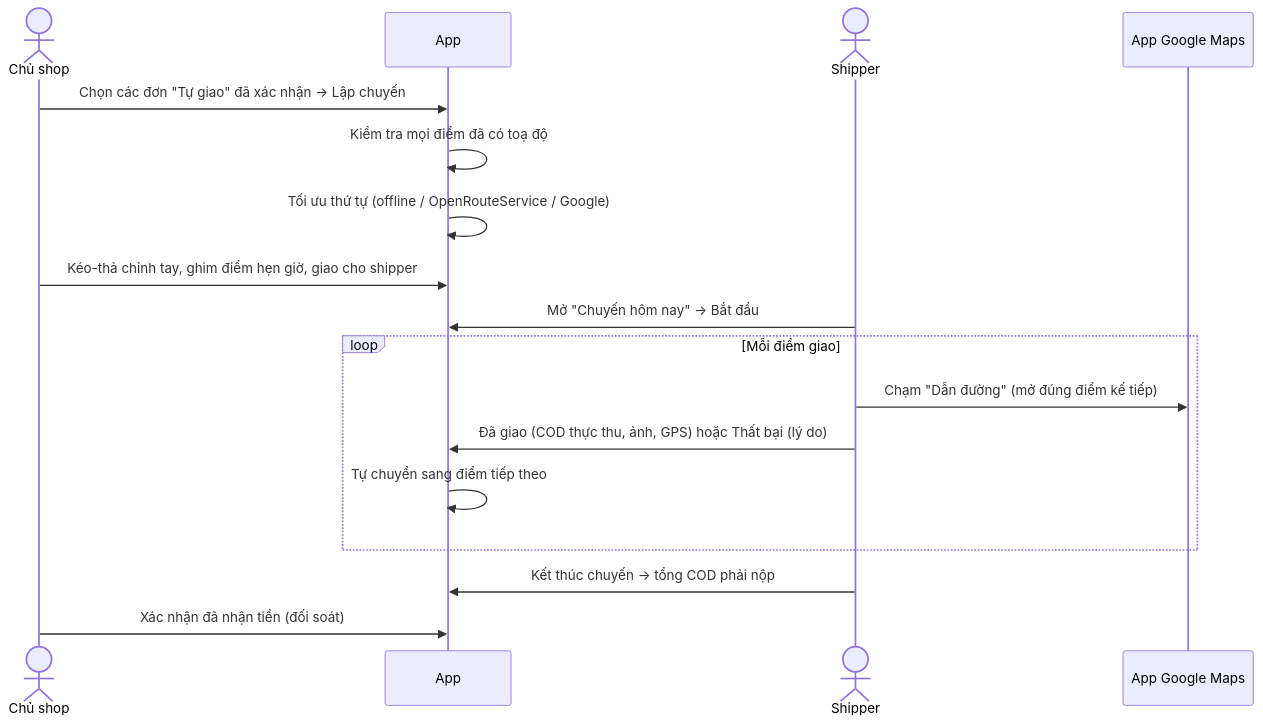
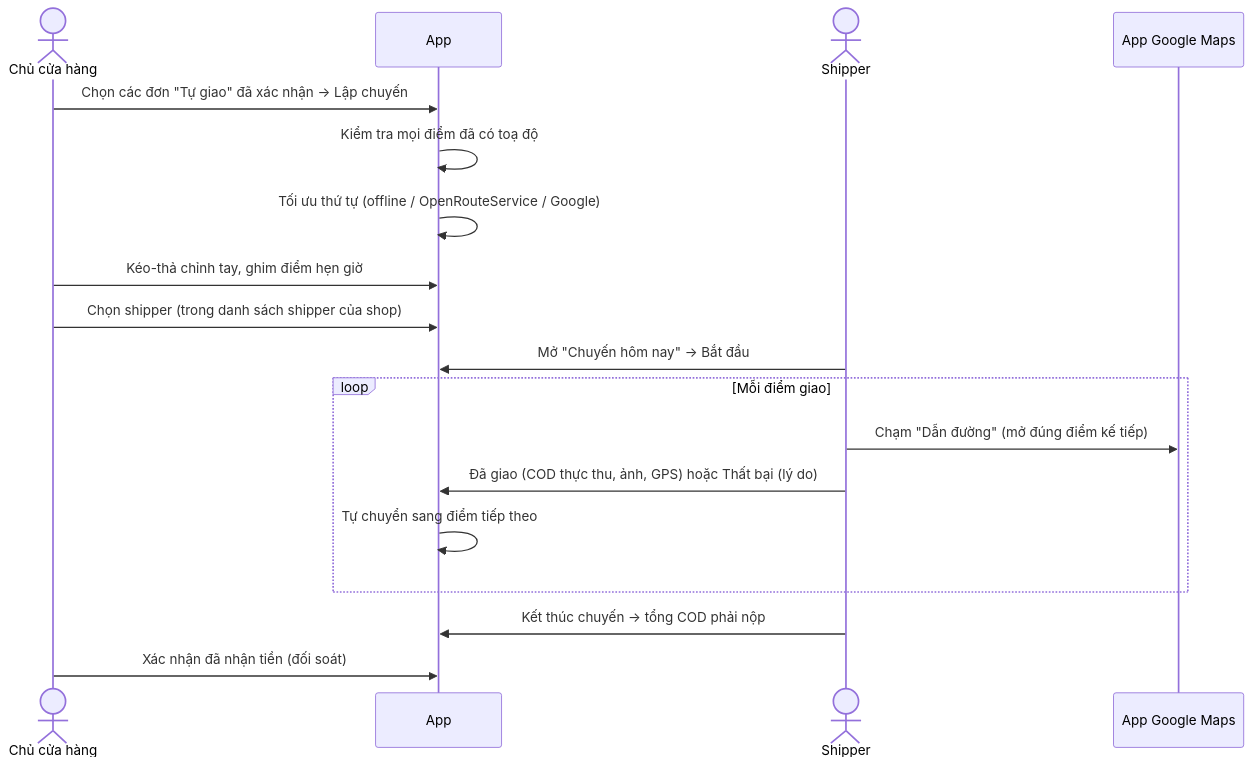
One commit to Underline007/smart-delivery changed the second of 4 diagrams in docs/PLAN.md. Above: the diagram before and after it, drawn with Mermaid. The commit also changed other lines of this file and 1 other file, not shown here.

First line of the commit message:
Update plan: 3 roles, multi-shop, product variants

````diff
--- a/docs/PLAN.md
+++ b/docs/PLAN.md
@@ -197,20 +287,21 @@
 ```mermaid
 sequenceDiagram
-  actor O as Chủ shop
+  actor O as Chủ cửa hàng
   participant A as App
   actor S as Shipper
   participant G as App Google Maps
 
   O->>A: Chọn các đơn "Tự giao" đã xác nhận → Lập chuyến
   A->>A: Kiểm tra mọi điểm đã có toạ độ
   A->>A: Tối ưu thứ tự (offline / OpenRouteService / Google)
-  O->>A: Kéo-thả chỉnh tay, ghim điểm hẹn giờ, giao cho shipper
+  O->>A: Kéo-thả chỉnh tay, ghim điểm hẹn giờ
+  O->>A: Chọn shipper (trong danh sách shipper của shop)
   S->>A: Mở "Chuyến hôm nay" → Bắt đầu
   loop Mỗi điểm giao
     S->>G: Chạm "Dẫn đường" (mở đúng điểm kế tiếp)
     S->>A: Đã giao (COD thực thu, ảnh, GPS) hoặc Thất bại (lý do)
     A->>A: Tự chuyển sang điểm tiếp theo
   end
   S->>A: Kết thúc chuyến → tổng COD phải nộp
   O->>A: Xác nhận đã nhận tiền (đối soát)
 ```
````
